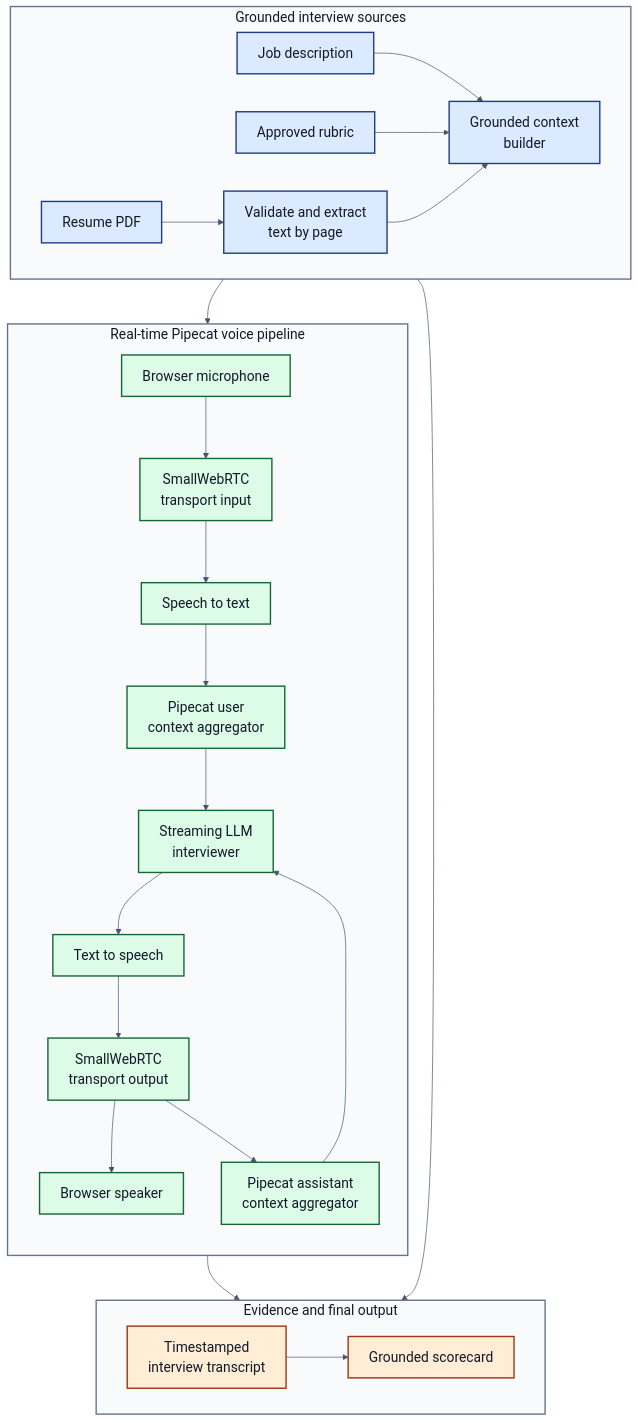
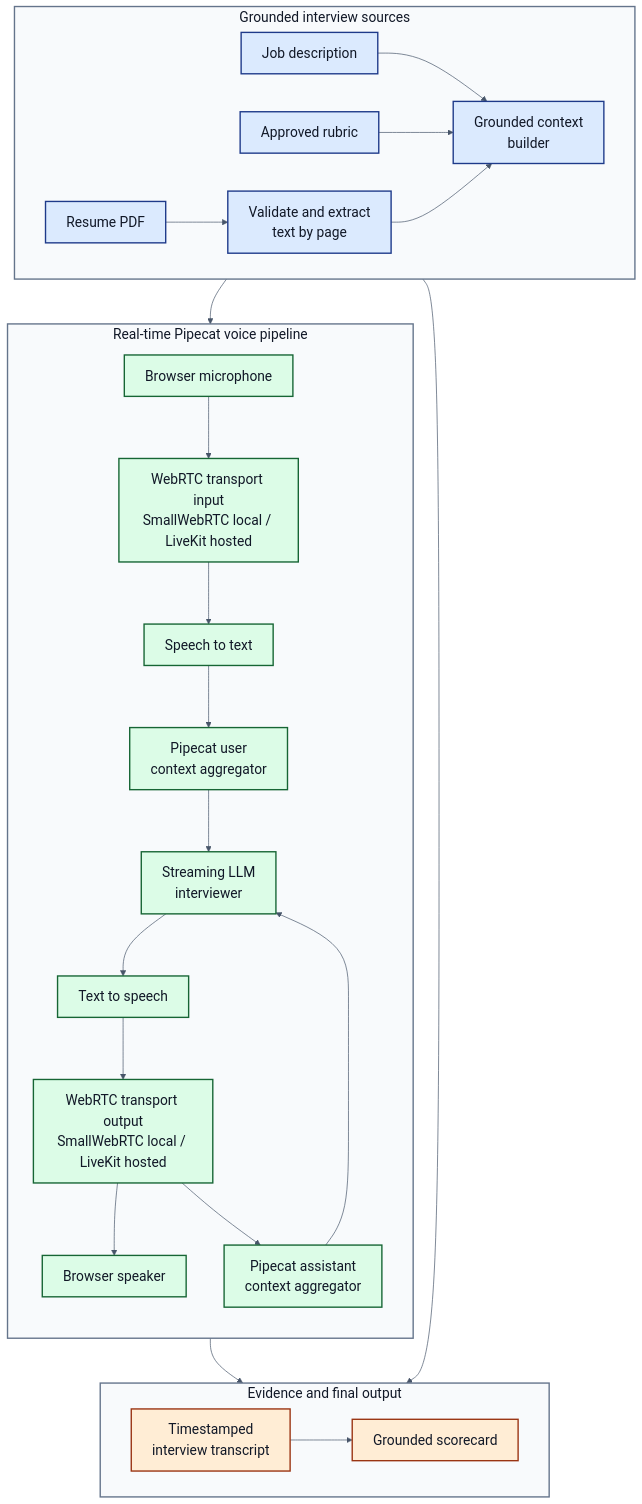
Before and after one commit to MARKEE-code-sketch/interviewflow-ai: the diagram in blueprint.md, drawn with Mermaid. The commit also changed other lines of this file and 17 other files, not shown here.

Commit message:
feat: replace Daily transport with LiveKit

````diff
--- a/blueprint.md
+++ b/blueprint.md
@@ -47,42 +47,42 @@
 ```mermaid
 %%{init: {"themeVariables": {"fontSize": "20px", "primaryTextColor": "#111827", "secondaryTextColor": "#111827", "tertiaryTextColor": "#111827", "lineColor": "#475569"}, "flowchart": {"nodeSpacing": 55, "rankSpacing": 65}}}%%
 flowchart TB
     subgraph SOURCES[Grounded interview sources]
         direction LR
         A[Resume PDF] --> B[Validate and extract<br/>text by page]
         J[Job description] --> C[Grounded context<br/>builder]
         R[Approved rubric] --> C
         B --> C
     end
 
     subgraph LIVE[Real-time Pipecat voice pipeline]
         direction TB
-        MIC[Browser microphone] --> IN[SmallWebRTC<br/>transport input]
+        MIC[Browser microphone] --> IN[WebRTC transport input<br/>SmallWebRTC local / LiveKit hosted]
         IN --> S[Speech to text]
         S --> UC[Pipecat user<br/>context aggregator]
         C --> UC
         UC --> L[Streaming LLM<br/>interviewer]
         L --> T[Text to speech]
-        T --> OUT[SmallWebRTC<br/>transport output]
+        T --> OUT[WebRTC transport output<br/>SmallWebRTC local / LiveKit hosted]
         OUT --> SPEAKER[Browser speaker]
         OUT --> AC[Pipecat assistant<br/>context aggregator]
         AC --> L
     end
 
     subgraph EVIDENCE[Evidence and final output]
         direction LR
         S --> TR[Timestamped<br/>interview transcript]
         C --> SC[Grounded scorecard]
         TR --> SC
     end
 
     classDef source fill:#dbeafe,stroke:#1e3a8a,stroke-width:2px,color:#111827;
     classDef pipeline fill:#dcfce7,stroke:#166534,stroke-width:2px,color:#111827;
     classDef output fill:#ffedd5,stroke:#9a3412,stroke-width:2px,color:#111827;
     class A,B,J,C,R source;
     class MIC,IN,S,UC,L,T,OUT,SPEAKER,AC pipeline;
     class TR,SC output;
     style SOURCES fill:#f8fafc,stroke:#64748b,stroke-width:2px,color:#111827;
     style LIVE fill:#f8fafc,stroke:#64748b,stroke-width:2px,color:#111827;
     style EVIDENCE fill:#f8fafc,stroke:#64748b,stroke-width:2px,color:#111827;
 ```
````
